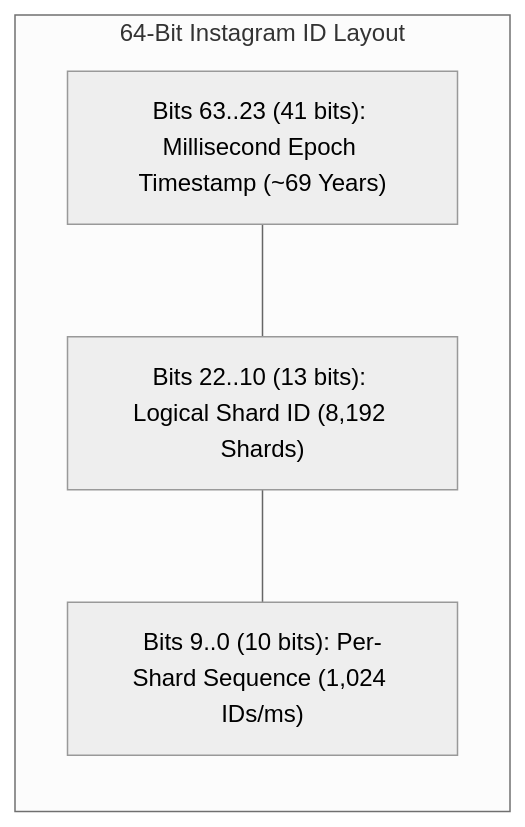
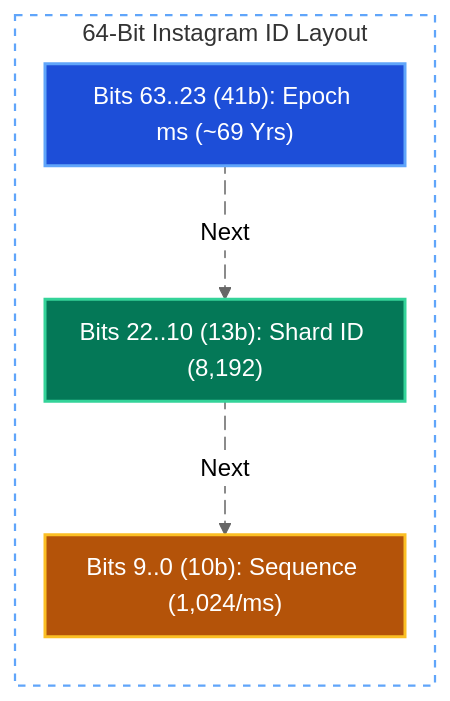
Before and after one commit to tarunbatta/tech-interview-prep: the fourth of 4 diagrams in system-design/instagram.md, drawn with Mermaid (neutral theme). The commit also changed other lines of this file and 30 other files, not shown here.

First line of the commit message:
docs(system-design): convert Mermaid flowcharts to LR with colors and animated edges

````diff
--- a/system-design/instagram.md
+++ b/system-design/instagram.md
@@ -344,9 +411,24 @@
 ```mermaid
+%%{init: {'flowchart': {'nodeSpacing': 20, 'rankSpacing': 40, 'padding': 10}}}%%
 flowchart LR
     subgraph ID64["64-Bit Instagram ID Layout"]
-        B1["Bits 63..23 (41 bits): Millisecond Epoch Timestamp (~69 Years)"]
-        B2["Bits 22..10 (13 bits): Logical Shard ID (8,192 Shards)"]
-        B3["Bits 9..0 (10 bits): Per-Shard Sequence (1,024 IDs/ms)"]
-        B1 --- B2 --- B3
+        B1["Bits 63..23 (41b): Epoch ms (~69 Yrs)"]
+        B2["Bits 22..10 (13b): Shard ID (8,192)"]
+        B3["Bits 9..0 (10b): Sequence (1,024/ms)"]
+        B1 e1@-->|"Next"| B2
+        B2 e2@-->|"Next"| B3
     end
+
+    e1@{ animate: true }
+    e2@{ animate: true }
+
+    classDef client fill:#1d4ed8,stroke:#60a5fa,stroke-width:2px,color:#ffffff
+    classDef service fill:#047857,stroke:#34d399,stroke-width:2px,color:#ffffff
+    classDef storage fill:#b45309,stroke:#fbbf24,stroke-width:2px,color:#ffffff
+
+    class B1 client
+    class B2 service
+    class B3 storage
+
+    style ID64 fill:transparent,stroke:#60a5fa,stroke-width:1.5px,stroke-dasharray: 5 5
 ```
````
